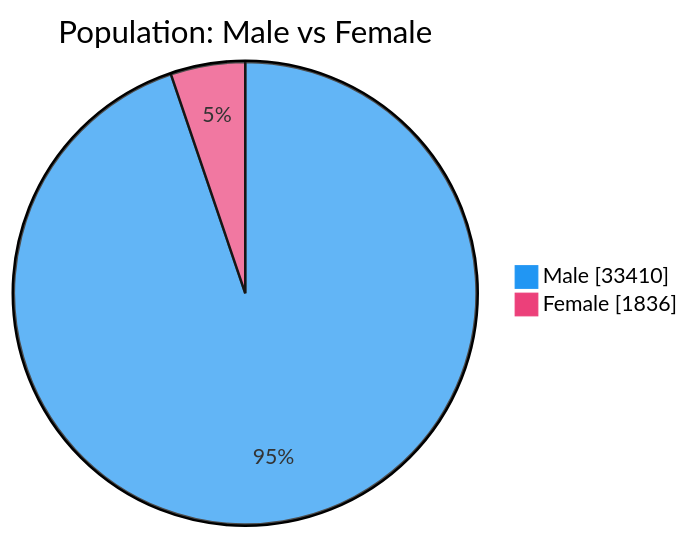
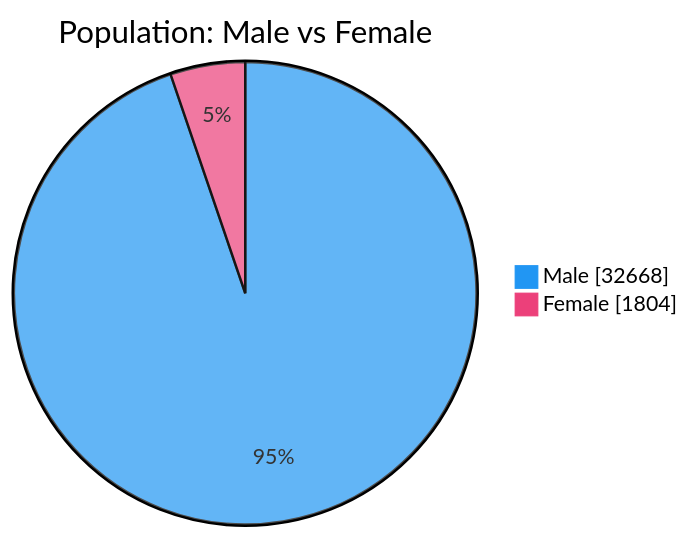
Before and after one commit to nuuuwan/lk_prisons: the second of 7 diagrams in README.md, drawn with Mermaid. The commit also changed other lines of this file and 1 other file, not shown here.

````diff
--- a/README.md
+++ b/README.md
@@ -54,6 +54,6 @@
 ```mermaid
 %%{init: {'themeVariables': {'pie1': '#2196F3', 'pie2': '#EC407A'}}}%%
 pie showData title Population: Male vs Female
-    "Male" : 33410
-    "Female" : 1836
+    "Male" : 32668
+    "Female" : 1804
 ```
````
